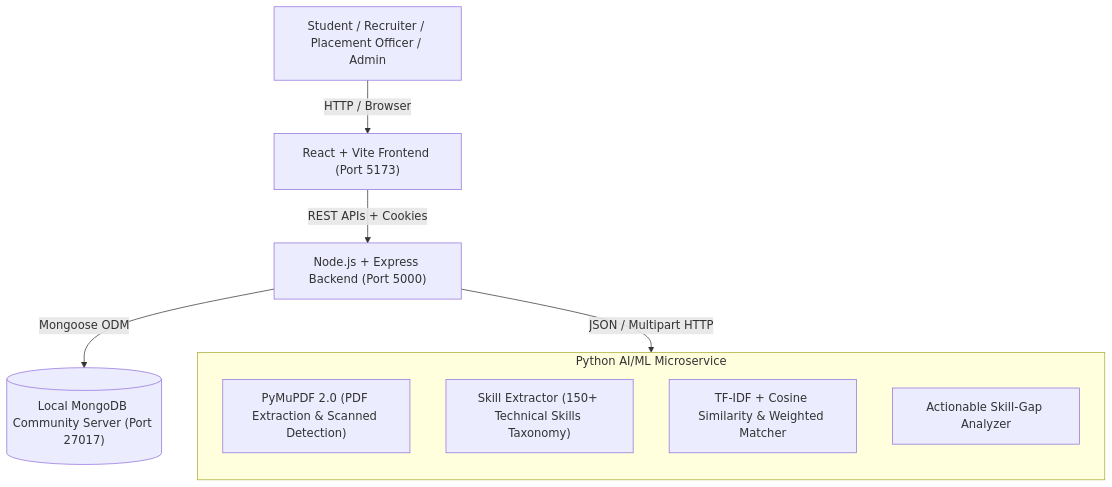
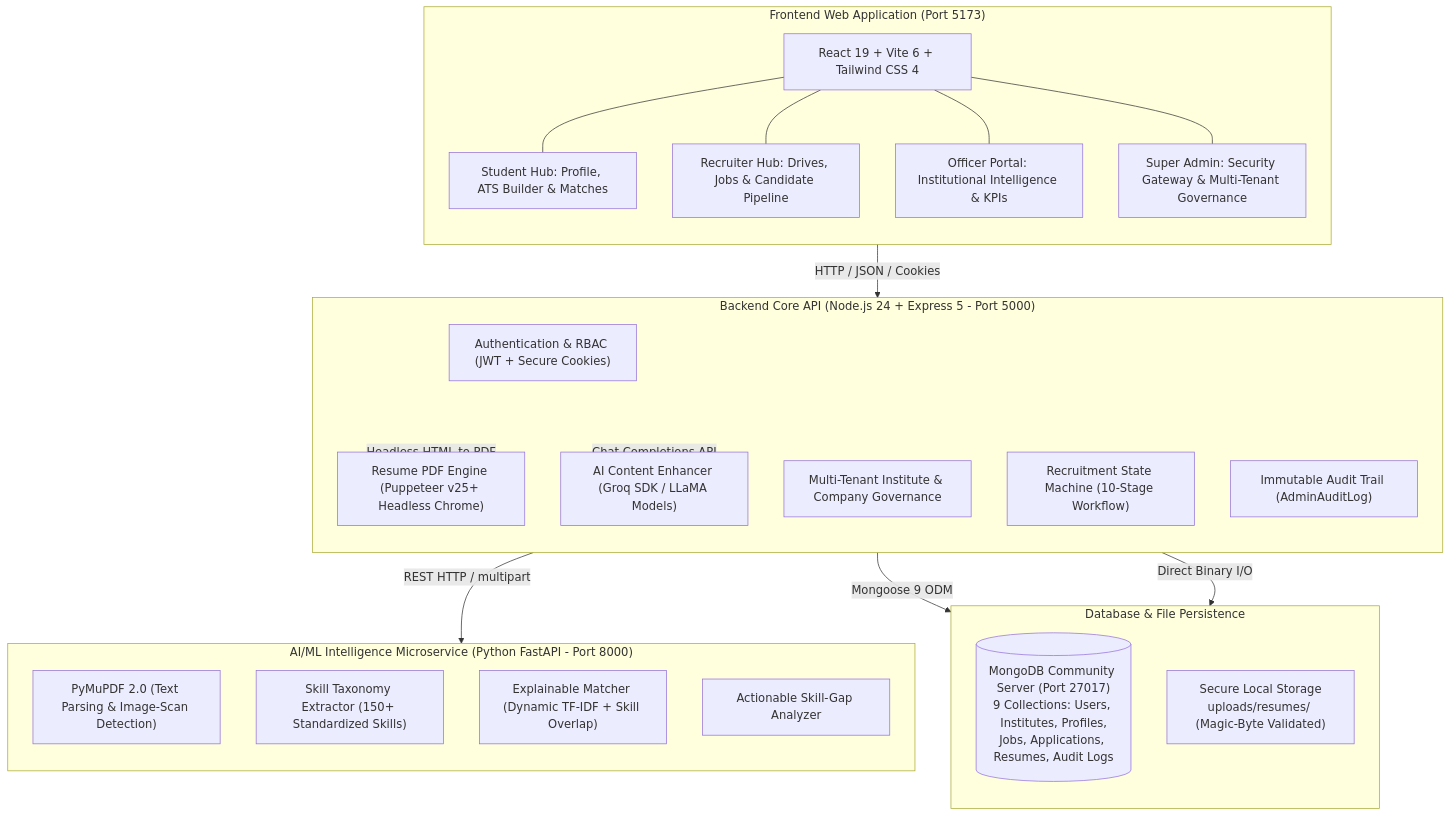
One commit to lokesh2707/campus-placement-system changed the diagram in README.md. Above: the diagram before and after it, drawn with Mermaid. The commit also changed other lines of this file, not shown here.

````diff
--- a/README.md
+++ b/README.md
@@ -9,16 +9,43 @@
 ```mermaid
 flowchart TD
-    User["Student / Recruiter / Placement Officer / Admin"]
-    User -->|HTTP / Browser| Frontend["React + Vite Frontend (Port 5173)"]
-    Frontend -->|REST APIs + Cookies| Backend["Node.js + Express Backend (Port 5000)"]
-    Backend -->|Mongoose ODM| MongoDB[("Local MongoDB Community Server (Port 27017)")]
-    Backend -->|JSON / Multipart HTTP| MLService["Python FastAPI AI/ML Service (Port 8000)"]
-    
-    subgraph MLService["Python AI/ML Microservice"]
+    subgraph Clients["Frontend Web Application (Port 5173)"]
         direction TB
-        PyMuPDF["PyMuPDF 2.0 (PDF Extraction & Scanned Detection)"]
-        Extractor["Skill Extractor (150+ Technical Skills Taxonomy)"]
-        Recommender["TF-IDF + Cosine Similarity & Weighted Matcher"]
+        UI["React 19 + Vite 6 + Tailwind CSS 4"]
+        StudentPortal["Student Hub: Profile, ATS Builder & Matches"]
+        RecruiterPortal["Recruiter Hub: Drives, Jobs & Candidate Pipeline"]
+        OfficerPortal["Officer Portal: Institutional Intelligence & KPIs"]
+        AdminPortal["Super Admin: Security Gateway & Multi-Tenant Governance"]
+        UI --- StudentPortal & RecruiterPortal & OfficerPortal & AdminPortal
+    end
+
+    subgraph BackendAPI["Backend Core API (Node.js 24 + Express 5 - Port 5000)"]
+        direction TB
+        AuthService["Authentication & RBAC (JWT + Secure Cookies)"]
+        TenantService["Multi-Tenant Institute & Company Governance"]
+        RecruitmentEngine["Recruitment State Machine (10-Stage Workflow)"]
+        AuditEngine["Immutable Audit Trail (AdminAuditLog)"]
+        PDFEngine["Resume PDF Engine (Puppeteer v25+ Headless Chrome)"]
+        GroqService["AI Content Enhancer (Groq SDK / LLaMA Models)"]
+    end
+
+    subgraph Storage["Database & File Persistence"]
+        direction TB
+        Mongo[("MongoDB Community Server (Port 27017)\n9 Collections: Users, Institutes, Profiles,\nJobs, Applications, Resumes, Audit Logs")]
+        DiskStorage["Secure Local Storage\nuploads/resumes/ (Magic-Byte Validated)"]
+    end
+
+    subgraph MLService["AI/ML Intelligence Microservice (Python FastAPI - Port 8000)"]
+        direction TB
+        PyMuPDFEngine["PyMuPDF 2.0 (Text Parsing & Image-Scan Detection)"]
+        TaxonomyEngine["Skill Taxonomy Extractor (150+ Standardized Skills)"]
+        RecommenderEngine["Explainable Matcher (Dynamic TF-IDF + Skill Overlap)"]
         GapAnalyzer["Actionable Skill-Gap Analyzer"]
     end
+
+    Clients -->|HTTP / JSON / Cookies| BackendAPI
+    BackendAPI -->|Mongoose 9 ODM| Mongo
+    BackendAPI -->|Direct Binary I/O| DiskStorage
+    BackendAPI -->|REST HTTP / multipart| MLService
+    BackendAPI -->|Headless HTML to PDF| PDFEngine
+    BackendAPI -->|Chat Completions API| GroqService
 ```
````
